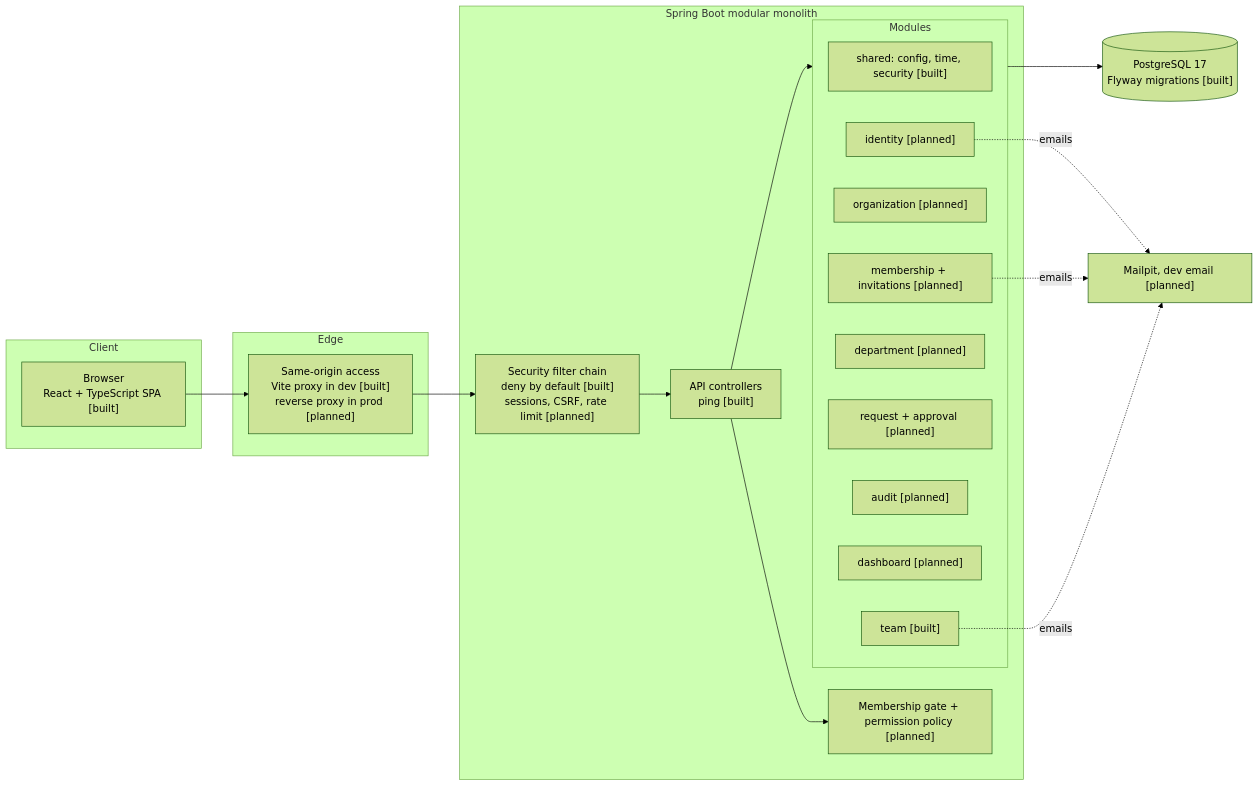
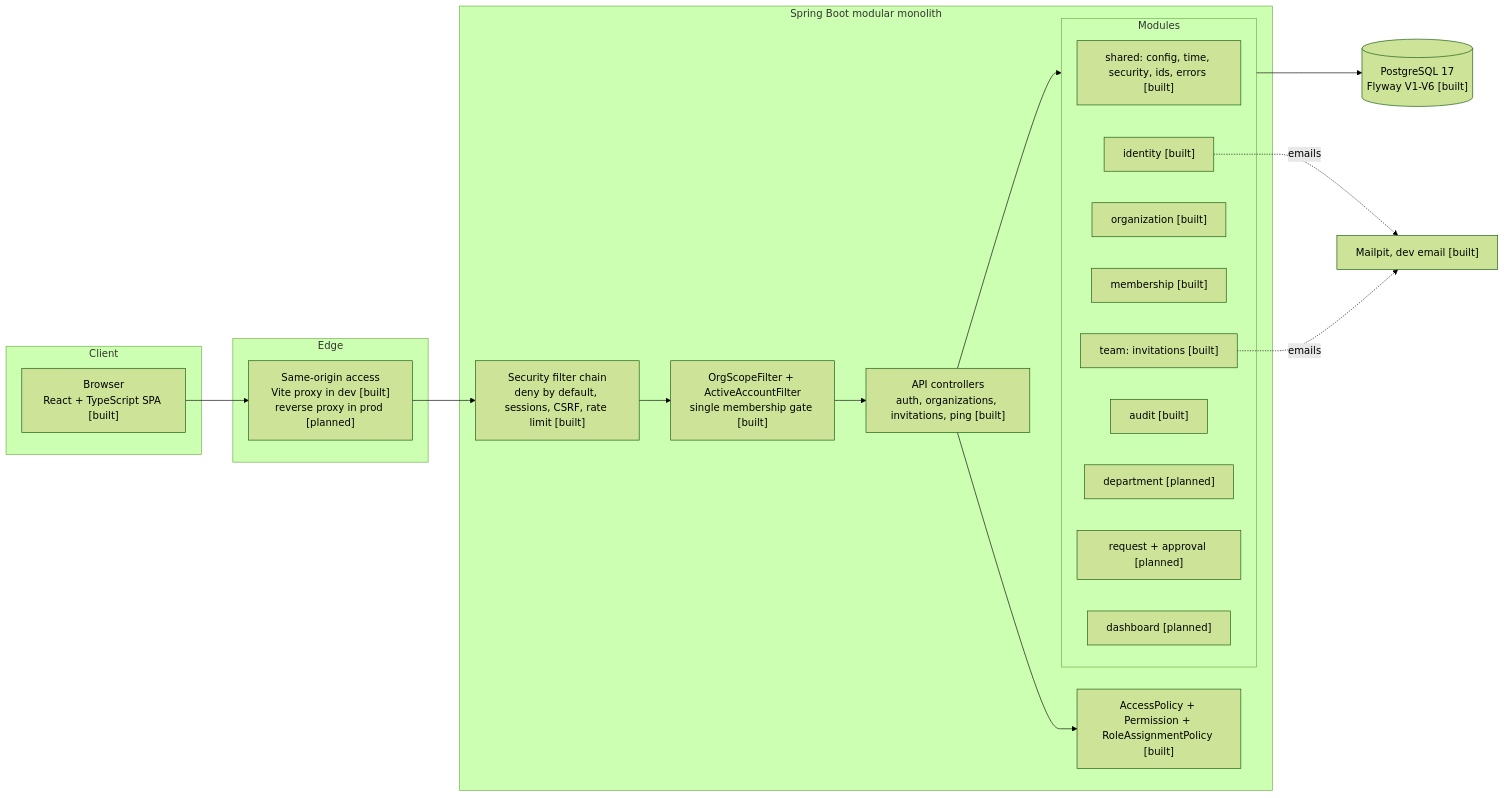
The diagram in docs/architecture.md (youssef-naj/nexus), drawn with Mermaid (forest theme) before and after one commit. The commit also changed other lines of this file and 7 other files, not shown here.

````diff
--- a/docs/architecture.md
+++ b/docs/architecture.md
@@ -9,34 +9,34 @@
 ```mermaid
 flowchart LR
     subgraph Client
         B["Browser<br/>React + TypeScript SPA [built]"]
     end
     subgraph Edge
         P["Same-origin access<br/>Vite proxy in dev [built]<br/>reverse proxy in prod [planned]"]
     end
     subgraph App["Spring Boot modular monolith"]
-        SEC["Security filter chain<br/>deny by default [built]<br/>sessions, CSRF, rate limit [planned]"]
-        API["API controllers<br/>ping [built]"]
+        SEC["Security filter chain<br/>deny by default, sessions, CSRF, rate limit [built]"]
+        GATE["OrgScopeFilter + ActiveAccountFilter<br/>single membership gate [built]"]
+        API["API controllers<br/>auth, organizations, invitations, ping [built]"]
         subgraph Modules
-            SH["shared: config, time, security [built]"]
-            ID["identity [planned]"]
-            ORG["organization [planned]"]
-            MEM["membership + invitations [planned]"]
+            SH["shared: config, time, security, ids, errors [built]"]
+            ID["identity [built]"]
+            ORG["organization [built]"]
+            MEM["membership [built]"]
+            TEM["team: invitations [built]"]
+            AUD["audit [built]"]
             DEP["department [planned]"]
             REQ["request + approval [planned]"]
-            AUD["audit [planned]"]
             DASH["dashboard [planned]"]
-            TEM["team [built]"]
         end
-        AZ["Membership gate + permission policy [planned]"]
+        AZ["AccessPolicy + Permission + RoleAssignmentPolicy [built]"]
     end
-    DB[("PostgreSQL 17<br/>Flyway migrations [built]")]
-    MAIL["Mailpit, dev email [planned]"]
+    DB[("PostgreSQL 17<br/>Flyway V1-V6 [built]")]
+    MAIL["Mailpit, dev email [built]"]
 
-    B --> P --> SEC --> API --> AZ
+    B --> P --> SEC --> GATE --> API --> AZ
     API --> Modules
     Modules --> DB
     ID -. emails .-> MAIL
-    MEM -. emails .-> MAIL
     TEM -. emails .-> MAIL
 ```
````
